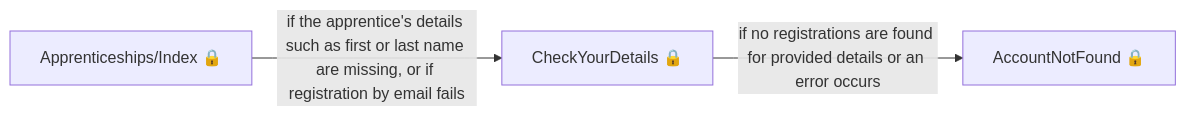
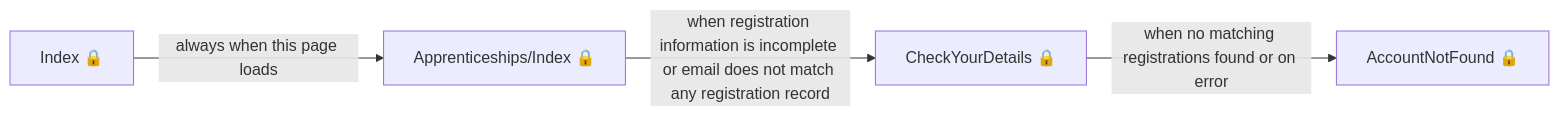
Before and after one commit to talentconsulting/atlas-dfe: the sixth of 7 diagrams in das-apprentice-commitments-web/user-journeys/user-journeys.md, drawn with Mermaid. The commit also changed other lines of this file and 36 other files, not shown here.

````diff
--- a/das-apprentice-commitments-web/user-journeys/user-journeys.md
+++ b/das-apprentice-commitments-web/user-journeys/user-journeys.md
@@ -72,5 +65,6 @@
 ```mermaid
 flowchart LR
-  p0["Apprenticeships/Index 🔒"] -->|"if the apprentice's details such as first or last name are missing, or if registration by email fails"| p1["CheckYourDetails 🔒"]
-  p1["CheckYourDetails 🔒"] -->|"if no registrations are found for provided details or an error occurs"| p2["AccountNotFound 🔒"]
+  p0["Index 🔒"] -->|"always when this page loads"| p1["Apprenticeships/Index 🔒"]
+  p1["Apprenticeships/Index 🔒"] -->|"when registration information is incomplete or email does not match any registration record"| p2["CheckYourDetails 🔒"]
+  p2["CheckYourDetails 🔒"] -->|"when no matching registrations found or on error"| p3["AccountNotFound 🔒"]
 ```
````
